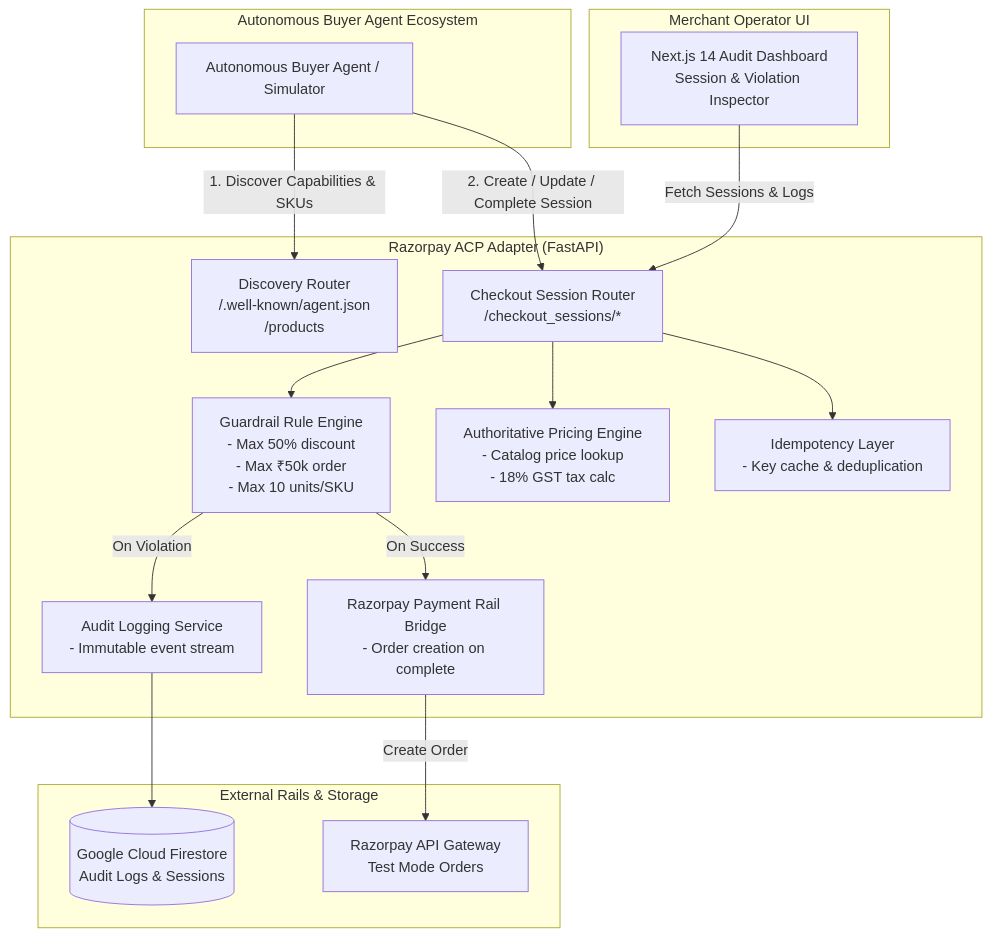
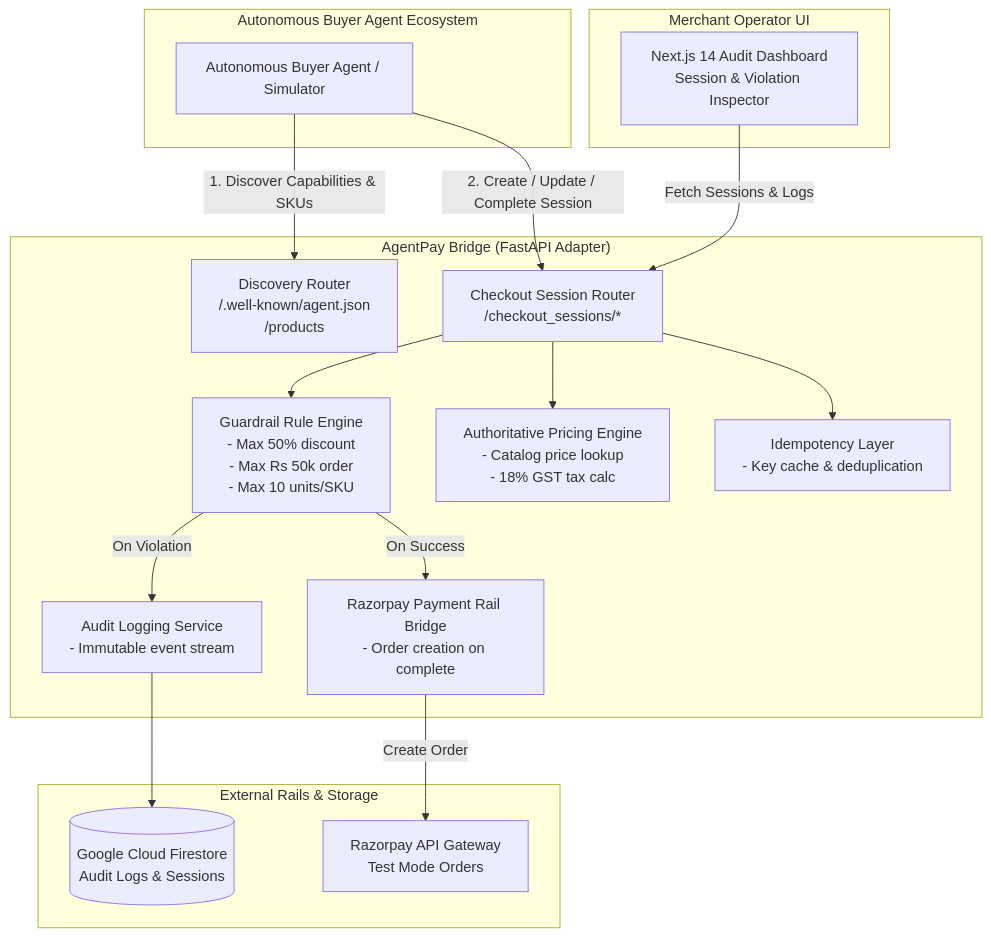
Before and after one commit to mohanprasath-dev/razorpay-acp-adapter: the diagram in README.md, drawn with Mermaid. The commit also changed other lines of this file and 6 other files, not shown here.

````diff
--- a/README.md
+++ b/README.md
@@ -32,37 +34,37 @@
 ```mermaid
 flowchart TD
     subgraph BuyerAgent["Autonomous Buyer Agent Ecosystem"]
         Agent[Autonomous Buyer Agent / Simulator]
     end
 
-    subgraph ACPAdapter["Razorpay ACP Adapter (FastAPI)"]
+    subgraph ACPAdapter["AgentPay Bridge (FastAPI Adapter)"]
         Discovery[Discovery Router\n/.well-known/agent.json\n/products]
         CheckoutRouter[Checkout Session Router\n/checkout_sessions/*]
-        Guardrails[Guardrail Rule Engine\n- Max 50% discount\n- Max ₹50k order\n- Max 10 units/SKU]
+        Guardrails[Guardrail Rule Engine\n- Max 50% discount\n- Max Rs 50k order\n- Max 10 units/SKU]
         Pricing[Authoritative Pricing Engine\n- Catalog price lookup\n- 18% GST tax calc]
         Idempotency[Idempotency Layer\n- Key cache & deduplication]
         RazorpayBridge[Razorpay Payment Rail Bridge\n- Order creation on complete]
         AuditService[Audit Logging Service\n- Immutable event stream]
     end
 
     subgraph ExternalRails["External Rails & Storage"]
         Firestore[(Google Cloud Firestore\nAudit Logs & Sessions)]
         RazorpayAPI[Razorpay API Gateway\nTest Mode Orders]
     end
 
     subgraph Monitoring["Merchant Operator UI"]
         NextDashboard[Next.js 14 Audit Dashboard\nSession & Violation Inspector]
     end
 
     %% Connections
     Agent -->|1. Discover Capabilities & SKUs| Discovery
     Agent -->|2. Create / Update / Complete Session| CheckoutRouter
     CheckoutRouter --> Idempotency
     CheckoutRouter --> Pricing
     CheckoutRouter --> Guardrails
     Guardrails -->|On Violation| AuditService
     Guardrails -->|On Success| RazorpayBridge
     RazorpayBridge -->|Create Order| RazorpayAPI
     AuditService --> Firestore
     NextDashboard -->|Fetch Sessions & Logs| CheckoutRouter
 ```
````
